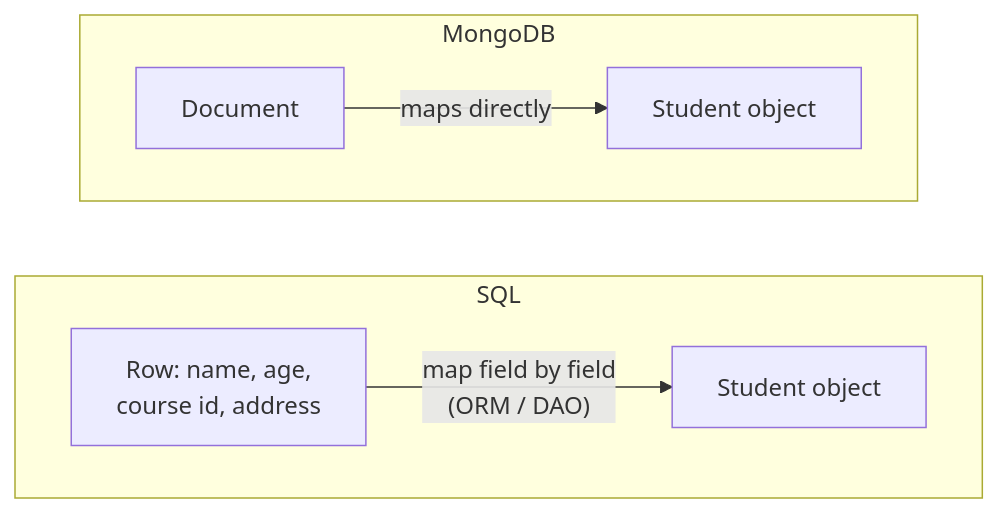
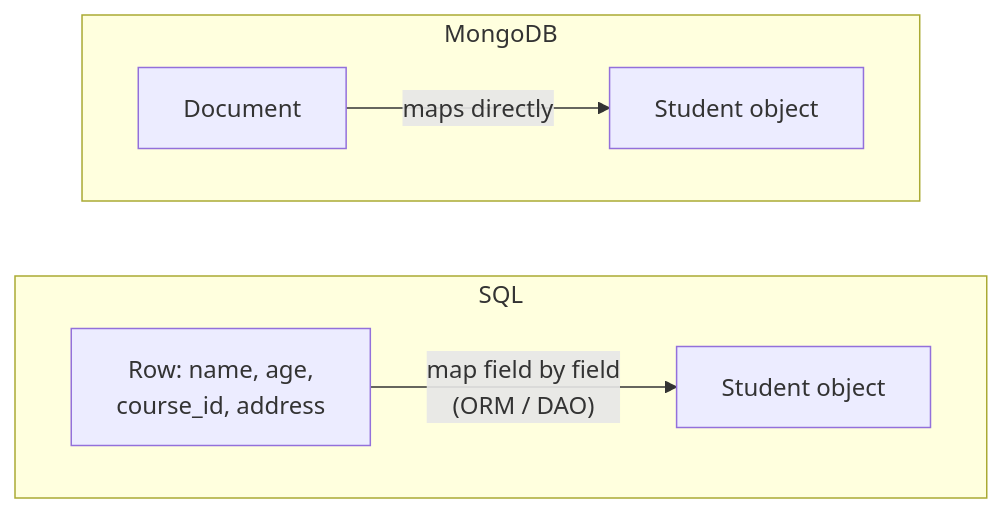
Diagram 13 of 13 in dbms/15-nosql.md (aaryan-pradhan/core-cs-fundamentals), drawn with Mermaid before and after one commit. The commit also changed other lines of this file, not shown here.

````diff
--- a/dbms/15-nosql.md
+++ b/dbms/15-nosql.md
@@ -376,11 +238,11 @@
-   ```mermaid
-   flowchart LR
-     subgraph SQL["SQL"]
-       direction LR
-       R["Row: name, age,<br/>course id, address"] -- "map field by field<br/>(ORM / DAO)" --> O1["Student object"]
-     end
-     subgraph Mongo["MongoDB"]
-       direction LR
-       D["Document"] -- "maps directly" --> O2["Student object"]
-     end
-   ```
+```mermaid
+flowchart LR
+  subgraph SQL["SQL"]
+    direction LR
+    R["Row: name, age,<br/>course_id, address"] -- "map field by field<br/>(ORM / DAO)" --> O1["Student object"]
+  end
+  subgraph MONGO["MongoDB"]
+    direction LR
+    D["Document"] -- "maps directly" --> O2["Student object"]
+  end
+```
````
